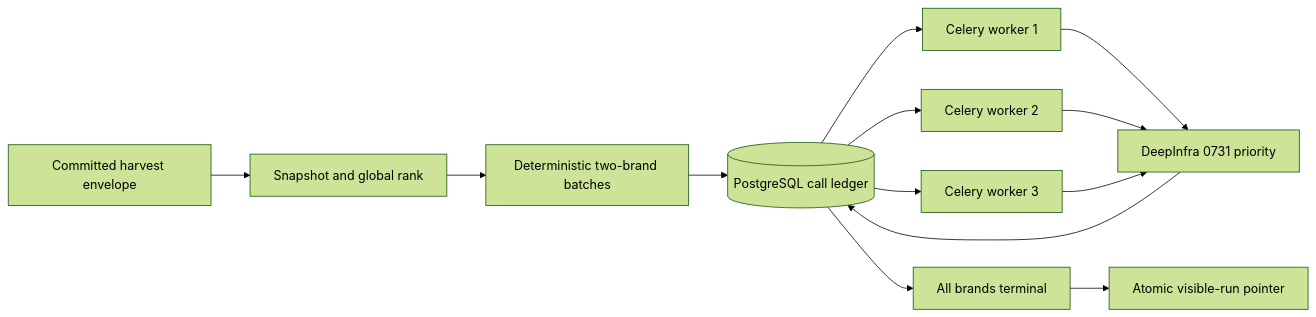
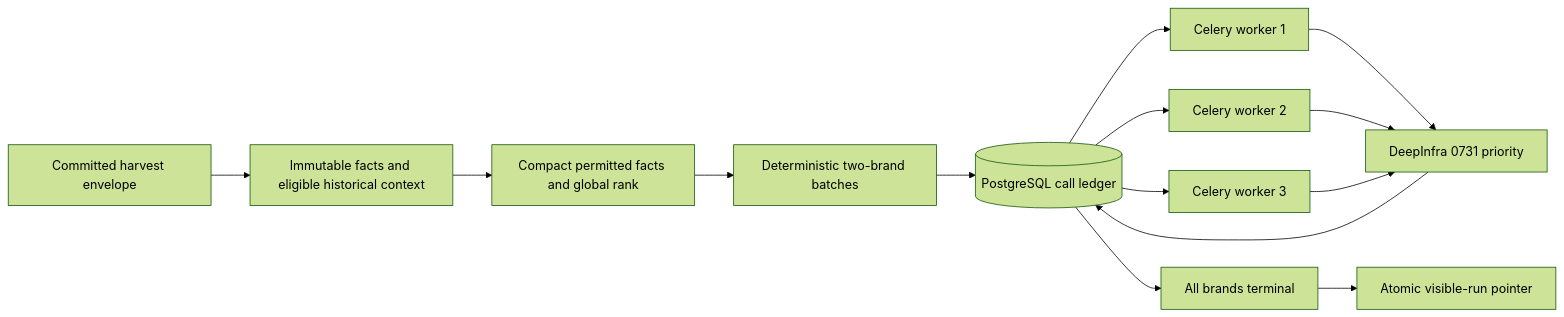
One commit to allenwlee/pushin-weight-v2 changed the first of 3 diagrams in docs/plans/2026-09-24-060052-feat-headline-0731-architecture-plan.md. Above: the diagram before and after it, drawn with Mermaid (forest theme). The commit also changed other lines of this file and 2 other files, not shown here.

First line of the commit message:
docs(headlines): plan compact finance-informed headline packets

````diff
--- a/docs/plans/2026-09-24-060052-feat-headline-0731-architecture-plan.md
+++ b/docs/plans/2026-09-24-060052-feat-headline-0731-architecture-plan.md
@@ -296,15 +401,16 @@
 ```mermaid
 flowchart LR
-    H[Committed harvest envelope] --> S[Snapshot and global rank]
+    H[Committed harvest envelope] --> F[Immutable facts and eligible historical context]
+    F --> S[Compact permitted facts and global rank]
     S --> B[Deterministic two-brand batches]
     B --> Q[(PostgreSQL call ledger)]
     Q --> W1[Celery worker 1]
     Q --> W2[Celery worker 2]
     Q --> W3[Celery worker 3]
     W1 --> D[DeepInfra 0731 priority]
     W2 --> D
     W3 --> D
     D --> Q
     Q --> T[All brands terminal]
     T --> V[Atomic visible-run pointer]
 ```
````
